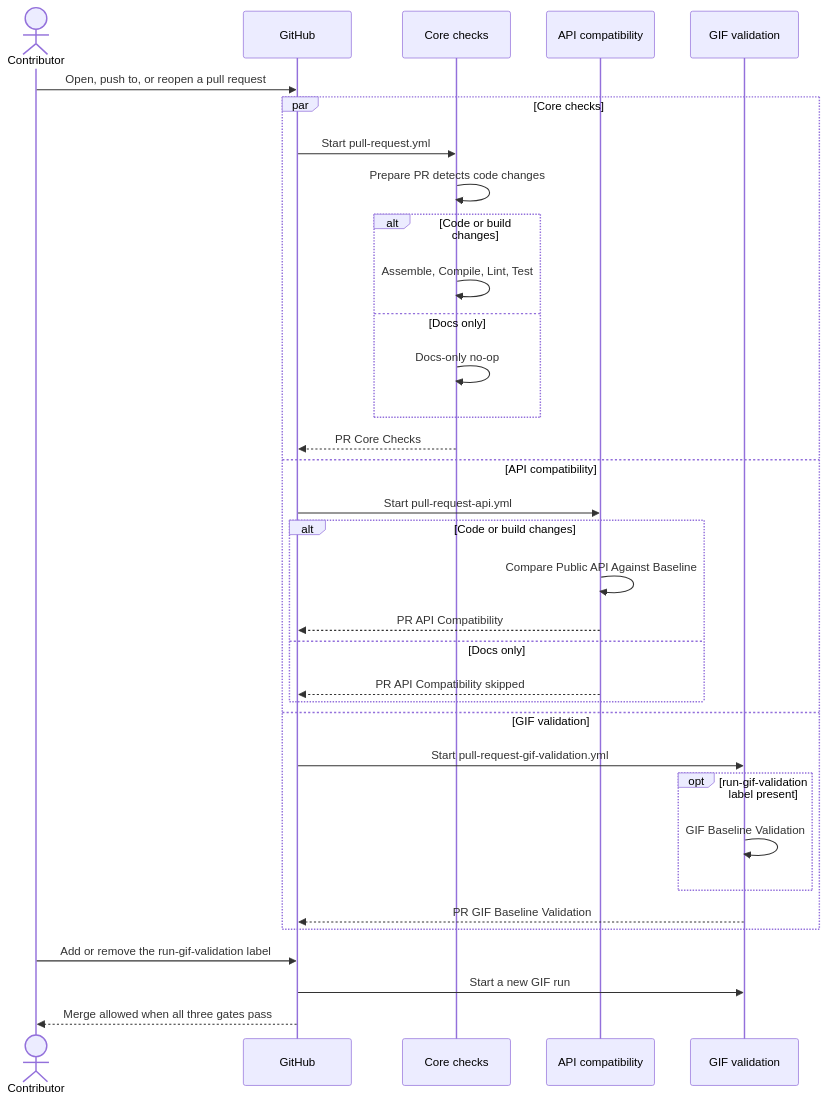
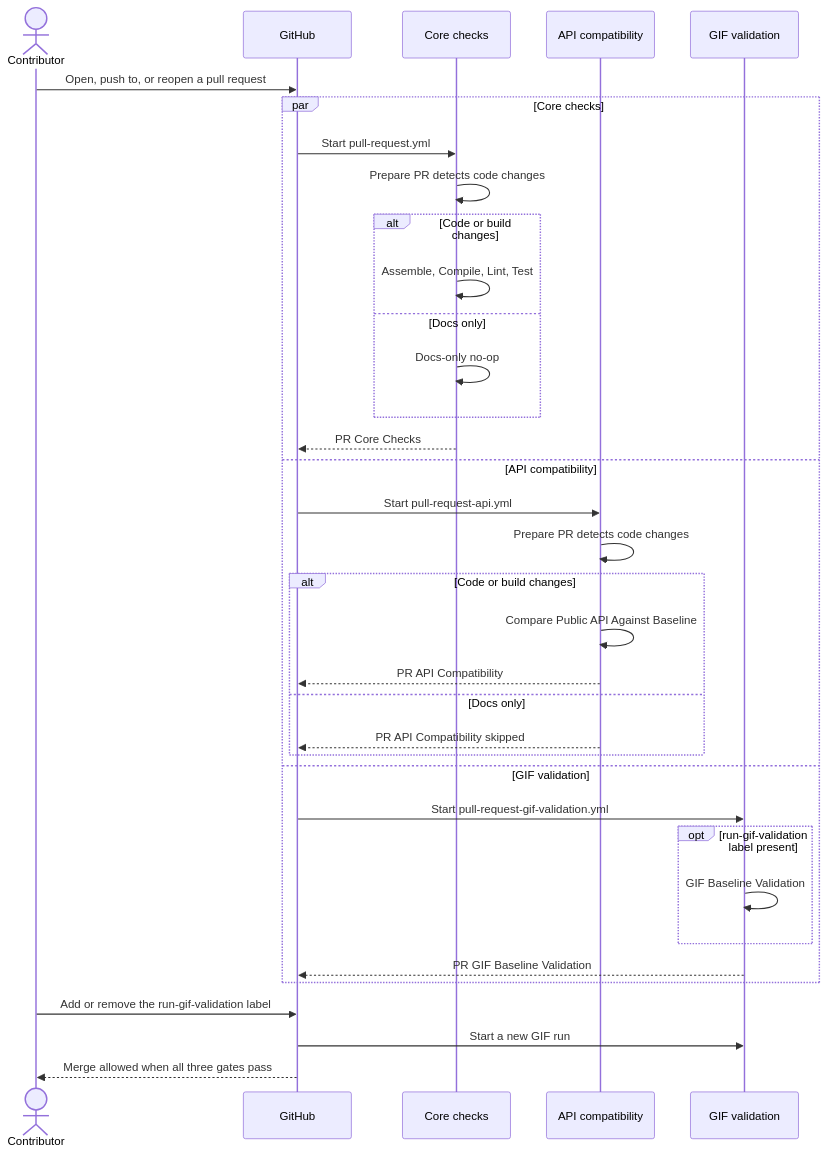
Before and after one commit to HDCharts/charts-docs: the diagram in content/dev/releases/pull-requests.md, drawn with Mermaid. The commit also changed other lines of this file and 8 other files, not shown here.

````diff
--- a/content/dev/releases/pull-requests.md
+++ b/content/dev/releases/pull-requests.md
@@ -13,36 +13,37 @@
 ```mermaid
 sequenceDiagram
   actor Dev as Contributor
   participant GH as GitHub
   participant Core as Core checks
   participant API as API compatibility
   participant GIF as GIF validation
   Dev->>GH: Open, push to, or reopen a pull request
   par Core checks
     GH->>Core: Start pull-request.yml
     Core->>Core: Prepare PR detects code changes
     alt Code or build changes
       Core->>Core: Assemble, Compile, Lint, Test
     else Docs only
       Core->>Core: Docs-only no-op
     end
     Core-->>GH: PR Core Checks
   and API compatibility
     GH->>API: Start pull-request-api.yml
+    API->>API: Prepare PR detects code changes
     alt Code or build changes
       API->>API: Compare Public API Against Baseline
       API-->>GH: PR API Compatibility
     else Docs only
       API-->>GH: PR API Compatibility skipped
     end
   and GIF validation
     GH->>GIF: Start pull-request-gif-validation.yml
     opt run-gif-validation label present
       GIF->>GIF: GIF Baseline Validation
     end
     GIF-->>GH: PR GIF Baseline Validation
   end
   Dev->>GH: Add or remove the run-gif-validation label
   GH->>GIF: Start a new GIF run
   GH-->>Dev: Merge allowed when all three gates pass
 ```
````
